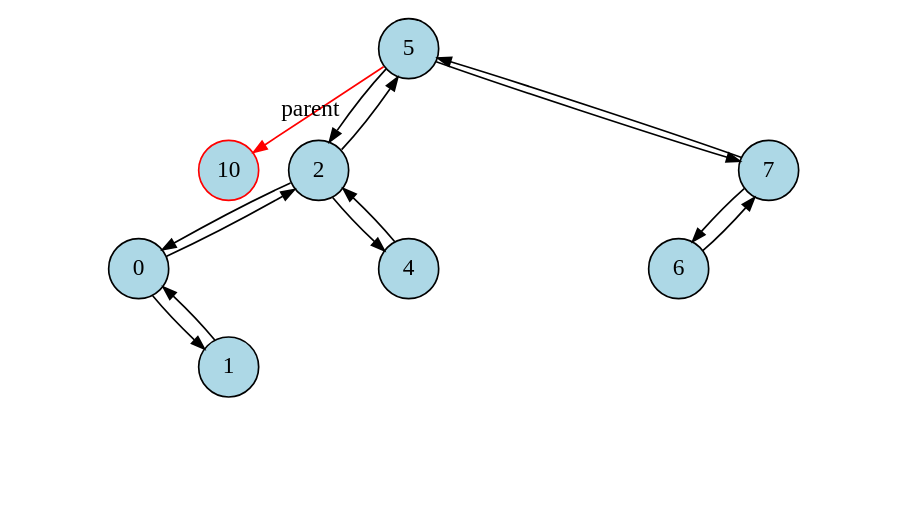
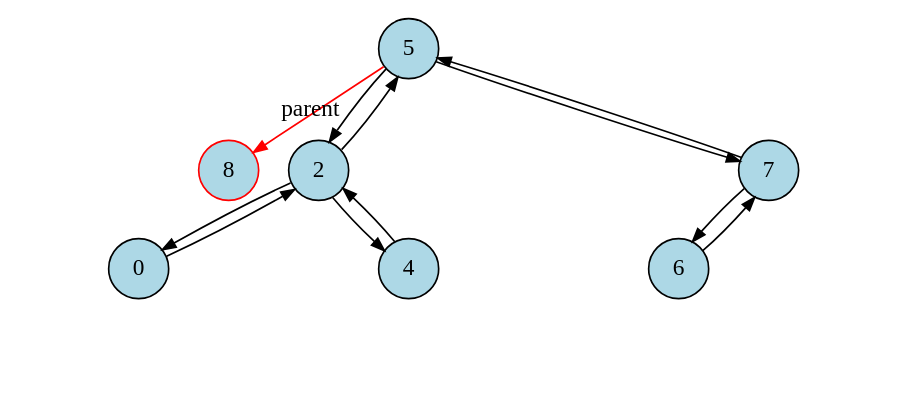
Before and after one commit to mahlen007/oopython: the diagram in kmom07/tree/tree.dot, drawn with Graphviz. The commit also changed 4 other files, not shown here.

```diff
--- a/kmom07/tree/tree.dot
+++ b/kmom07/tree/tree.dot
@@ -16,189 +16,164 @@
   color=black
 ];
 
-140209365385584 [
+140530956779888 [
   label="5"
 ];
-140209365385744 [
-  label="10"
+140530956779984 [
+  label="8"
   color="red"
 ];
-140209365385488 [
+140530956779792 [
   label="2"
 ];
-140209365385424 [
+140530956779728 [
   label="0"
 ];
-140209360696112 [
+140530951996016 [
   label="i1"
   style="invis"
 ];
-140209360695792 [
+140530951996400 [
   label="i2"
   style="invis"
 ];
-140209365385456 [
-  label="1"
-];
-140209360696432 [
+140530951996784 [
   label="i3"
   style="invis"
 ];
-140209360696624 [
+140530951997168 [
   label="i4"
   style="invis"
 ];
-140209360696752 [
+140530956779856 [
+  label="4"
+];
+140530951997488 [
   label="i5"
   style="invis"
 ];
-140209360695408 [
+140530951998064 [
   label="i6"
   style="invis"
 ];
-140209365385552 [
-  label="4"
-];
-140209360696048 [
+140530951998384 [
   label="i7"
   style="invis"
 ];
-140209360695664 [
+140530951998896 [
   label="i8"
   style="invis"
 ];
-140209360695152 [
+140530956779952 [
+  label="7"
+];
+140530956779920 [
+  label="6"
+];
+140530951999728 [
   label="i9"
   style="invis"
 ];
-140209360694896 [
+140530952000112 [
   label="i10"
   style="invis"
 ];
-140209365385648 [
-  label="7"
-];
-140209365385616 [
-  label="6"
-];
-140209360695088 [
+140530952000432 [
   label="i11"
   style="invis"
 ];
-140209360695984 [
+140530952000816 [
   label="i12"
   style="invis"
 ];
-140209360697584 [
+140530952001200 [
   label="i13"
   style="invis"
 ];
-140209360698480 [
-  label="i14"
-  style="invis"
-];
-140209360699056 [
-  label="i15"
-  style="invis"
-];
-140209365385584 -> 140209365385744 [
+140530956779888 -> 140530956779984 [
   label="parent"
   color="red"
 ];
-140209365385488 -> 140209365385584 [
+140530956779792 -> 140530956779888 [
 
 ];
-140209365385424 -> 140209365385488 [
+140530956779728 -> 140530956779792 [
 
 ];
-140209365385424 -> 140209360696112 [
+140530956779728 -> 140530951996016 [
   style="invis"
   weight="5"
 ];
-140209365385424 -> 140209360695792 [
+140530956779728 -> 140530951996400 [
   style="invis"
   weight="5"
 ];
-140209365385456 -> 140209365385424 [
-
-];
-140209365385456 -> 140209360696432 [
+140530956779728 -> 140530951996784 [
   style="invis"
   weight="5"
 ];
-140209365385456 -> 140209360696624 [
+140530956779792 -> 140530956779728 [
+
+];
+140530956779792 -> 140530951997168 [
   style="invis"
   weight="5"
 ];
-140209365385456 -> 140209360696752 [
+140530956779856 -> 140530956779792 [
+
+];
+140530956779856 -> 140530951997488 [
   style="invis"
   weight="5"
 ];
-140209365385424 -> 140209365385456 [
-
-];
-140209365385488 -> 140209365385424 [
-
-];
-140209365385488 -> 140209360695408 [
+140530956779856 -> 140530951998064 [
   style="invis"
   weight="5"
 ];
-140209365385552 -> 140209365385488 [
-
-];
-140209365385552 -> 140209360696048 [
+140530956779856 -> 140530951998384 [
   style="invis"
   weight="5"
 ];
-140209365385552 -> 140209360695664 [
+140530956779792 -> 140530956779856 [
+
+];
+140530956779888 -> 140530956779792 [
+
+];
+140530956779888 -> 140530951998896 [
   style="invis"
   weight="5"
 ];
-140209365385552 -> 140209360695152 [
+140530956779952 -> 140530956779888 [
+
+];
+140530956779920 -> 140530956779952 [
+
+];
+140530956779920 -> 140530951999728 [
   style="invis"
   weight="5"
 ];
-140209365385488 -> 140209365385552 [
-
-];
-140209365385584 -> 140209365385488 [
-
-];
-140209365385584 -> 140209360694896 [
+140530956779920 -> 140530952000112 [
   style="invis"
   weight="5"
 ];
-140209365385648 -> 140209365385584 [
-
-];
-140209365385616 -> 140209365385648 [
-
-];
-140209365385616 -> 140209360695088 [
+140530956779920 -> 140530952000432 [
   style="invis"
   weight="5"
 ];
-140209365385616 -> 140209360695984 [
+140530956779952 -> 140530956779920 [
+
+];
+140530956779952 -> 140530952000816 [
   style="invis"
   weight="5"
 ];
-140209365385616 -> 140209360697584 [
+140530956779952 -> 140530952001200 [
   style="invis"
   weight="5"
 ];
-140209365385648 -> 140209365385616 [
-
-];
-140209365385648 -> 140209360698480 [
-  style="invis"
-  weight="5"
-];
-140209365385648 -> 140209360699056 [
-  style="invis"
-  weight="5"
-];
-140209365385584 -> 140209365385648 [
+140530956779888 -> 140530956779952 [
 
 ];
 }
```
